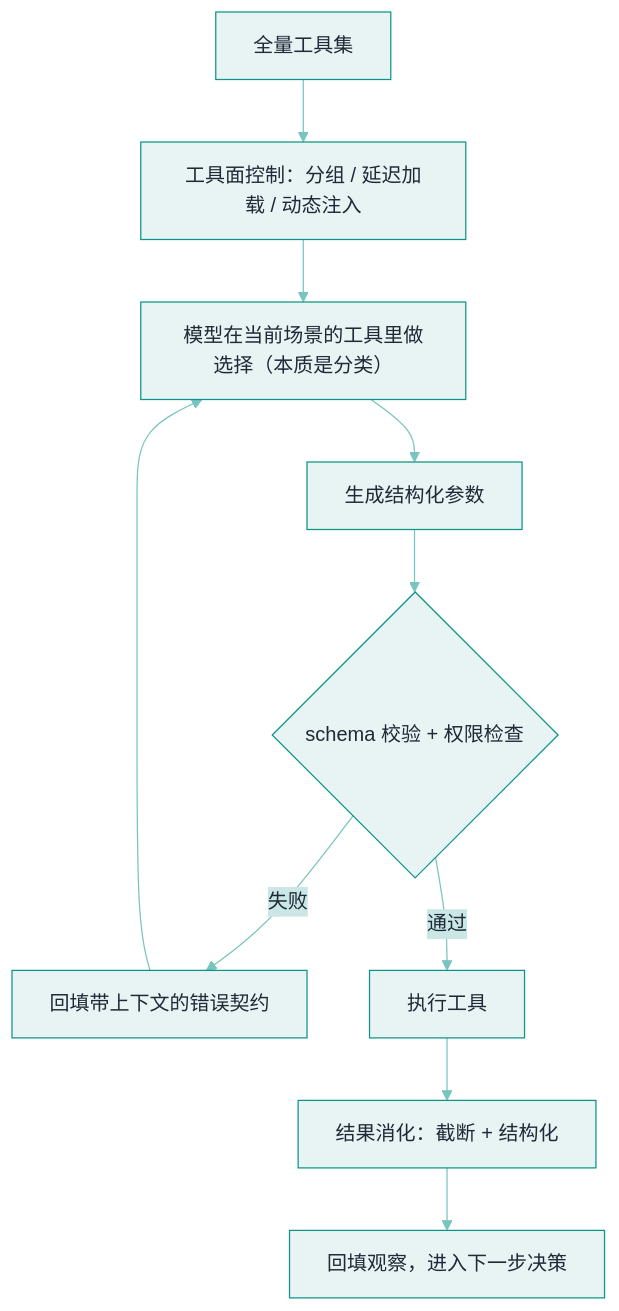
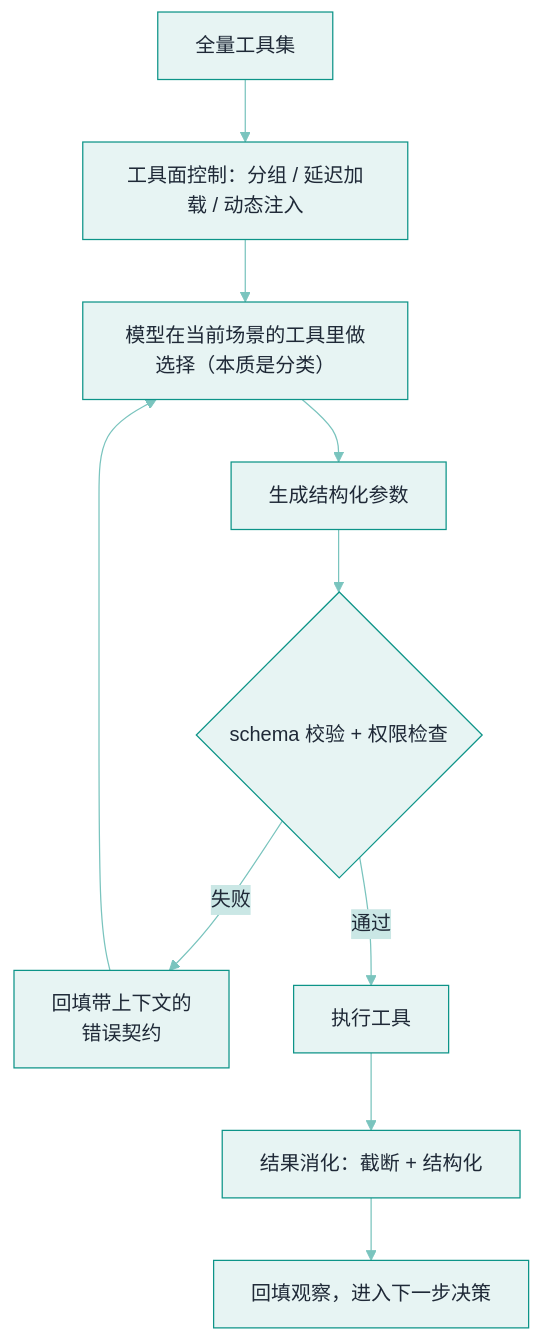
One commit to funny8kids/ai-agent-handbook changed the diagram in docs/05-tool-protocol/tool-use.md. Above: the diagram before and after it, drawn with Mermaid. The commit also changed 7 other files, not shown here.

````diff
--- a/docs/05-tool-protocol/tool-use.md
+++ b/docs/05-tool-protocol/tool-use.md
@@ -74,13 +74,13 @@
 ```mermaid
 %%{init: {"theme":"base","themeVariables":{"primaryColor":"#E7F4F3","primaryBorderColor":"#0D9488","primaryTextColor":"#1F2937","secondaryColor":"#CAE7E5","tertiaryColor":"#F5FBFA","lineColor":"#7AC4BE","actorBkg":"#ECF6F5","actorBorder":"#0D9488","actorTextColor":"#1F2937","signalColor":"#56B4AC","noteBkgColor":"#D3ECEA","noteBorderColor":"#0D9488","noteTextColor":"#1F2937","labelBoxBkgColor":"#E7F4F3","labelBoxBorderColor":"#0D9488"}}}%%
 flowchart TD
     A["全量工具集"] --> B["工具面控制：分组 / 延迟加载 / 动态注入"]
     B --> C["模型在当前场景的工具里做选择（本质是分类）"]
     C --> D["生成结构化参数"]
     D --> E{"schema 校验 + 权限检查"}
-    E -->|"失败"| F["回填带上下文的错误契约"]
+    E -->|"失败"| F["回填带上下文的<br/>错误契约"]
     F --> C
     E -->|"通过"| G["执行工具"]
     G --> H["结果消化：截断 + 结构化"]
     H --> I["回填观察，进入下一步决策"]
 ```
````
